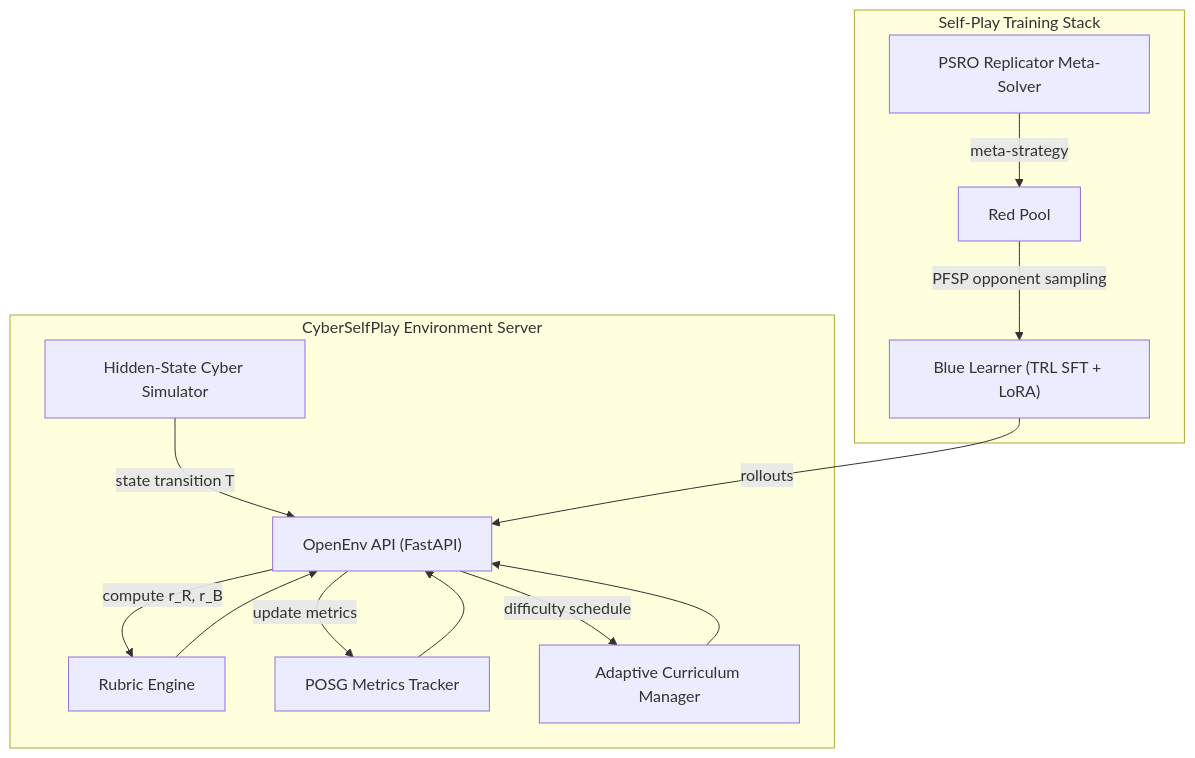
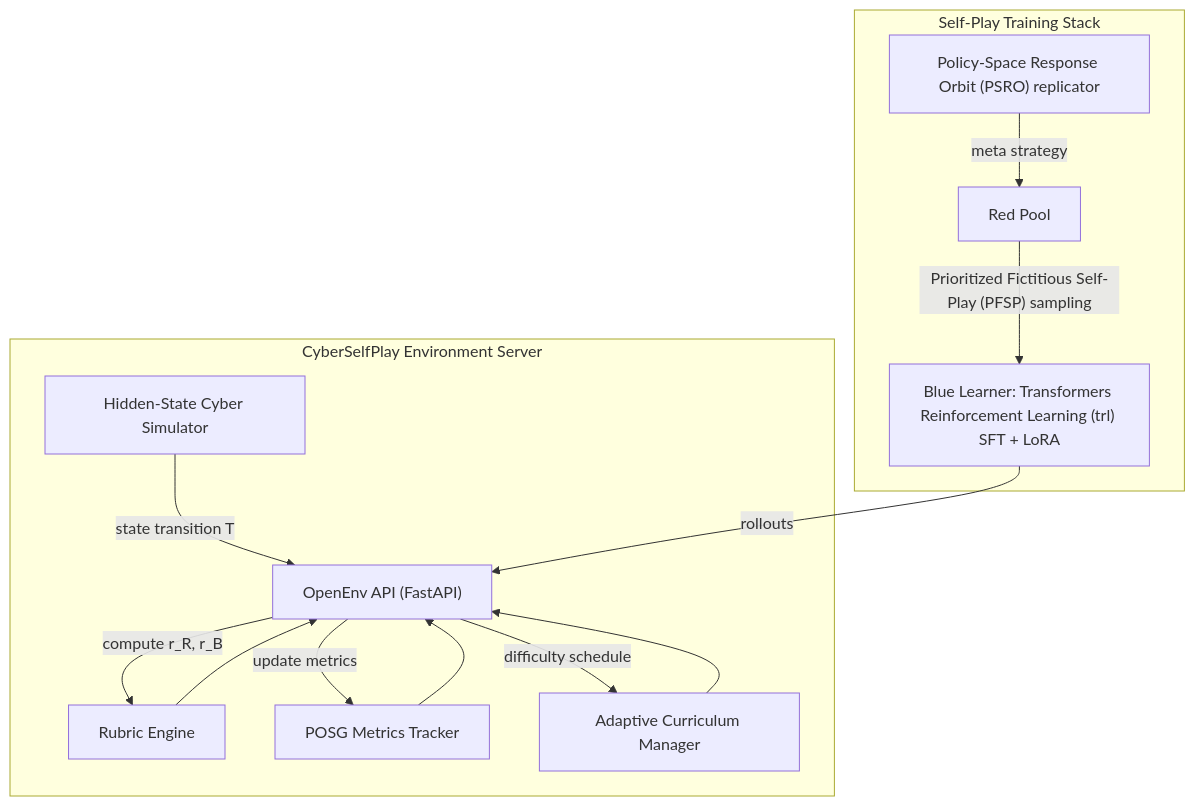
One commit to harshitnitjsr/cyberselfplay-env changed the first of 2 diagrams in README.md. Above: the diagram before and after it, drawn with Mermaid. The commit also changed other lines of this file and 2 other files, not shown here.

````diff
--- a/README.md
+++ b/README.md
@@ -97,18 +270,18 @@
 ```mermaid
 graph TD
     subgraph EnvCore [CyberSelfPlay Environment Server]
         SIM["Hidden-State Cyber Simulator"] -->|"state transition T"| API["OpenEnv API (FastAPI)"]
         API -->|"compute r_R, r_B"| RUB["Rubric Engine"]
         RUB --> API
         API -->|"update metrics"| MET["POSG Metrics Tracker"]
         MET --> API
         API -->|"difficulty schedule"| CUR["Adaptive Curriculum Manager"]
         CUR --> API
     end
 
     subgraph League [Self-Play Training Stack]
-        BLUE["Blue Learner (TRL SFT + LoRA)"] -->|"rollouts"| API
-        RED["Red Pool"] -->|"PFSP opponent sampling"| BLUE
-        META["PSRO Replicator Meta-Solver"] -->|"meta-strategy"| RED
+        BLUE["Blue Learner: Transformers Reinforcement Learning (trl) SFT + LoRA"] -->|"rollouts"| API
+        RED["Red Pool"] -->|"Prioritized Fictitious Self-Play (PFSP) sampling"| BLUE
+        META["Policy-Space Response Orbit (PSRO) replicator"] -->|"meta strategy"| RED
     end
 ```
````
